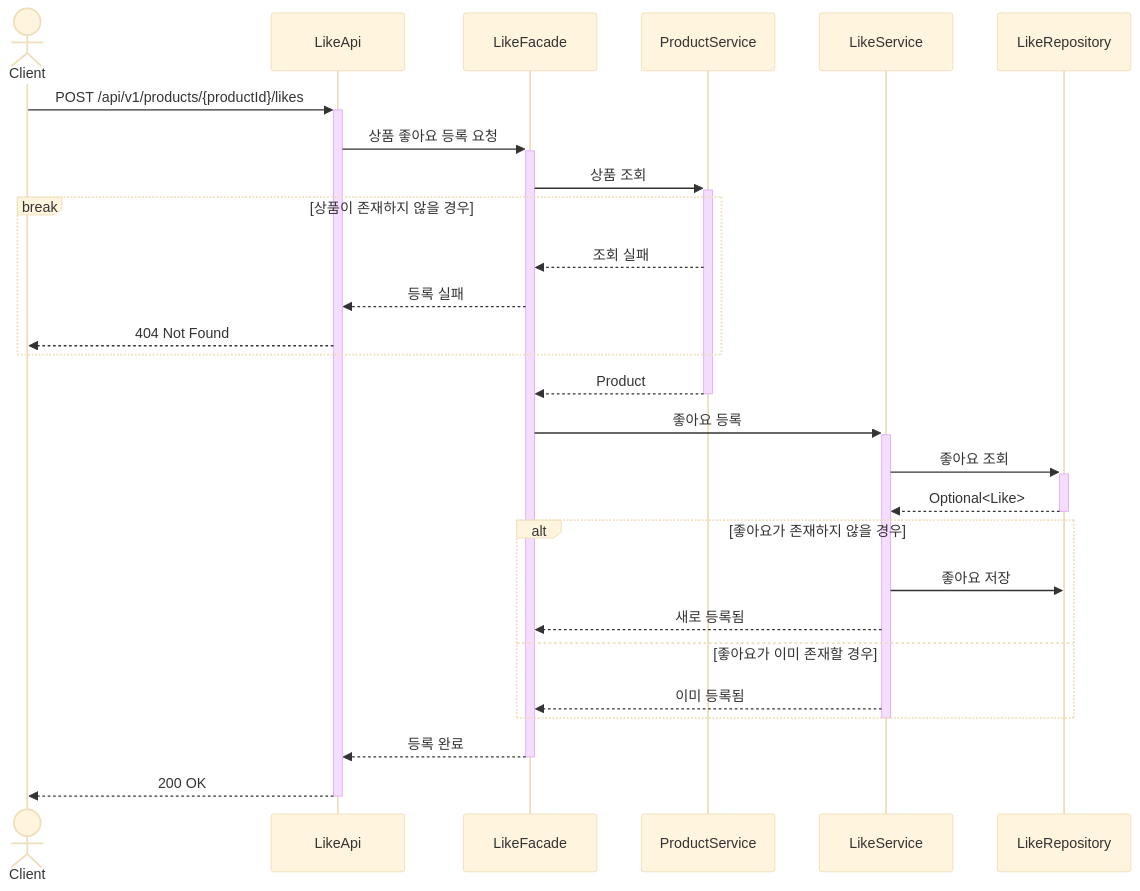
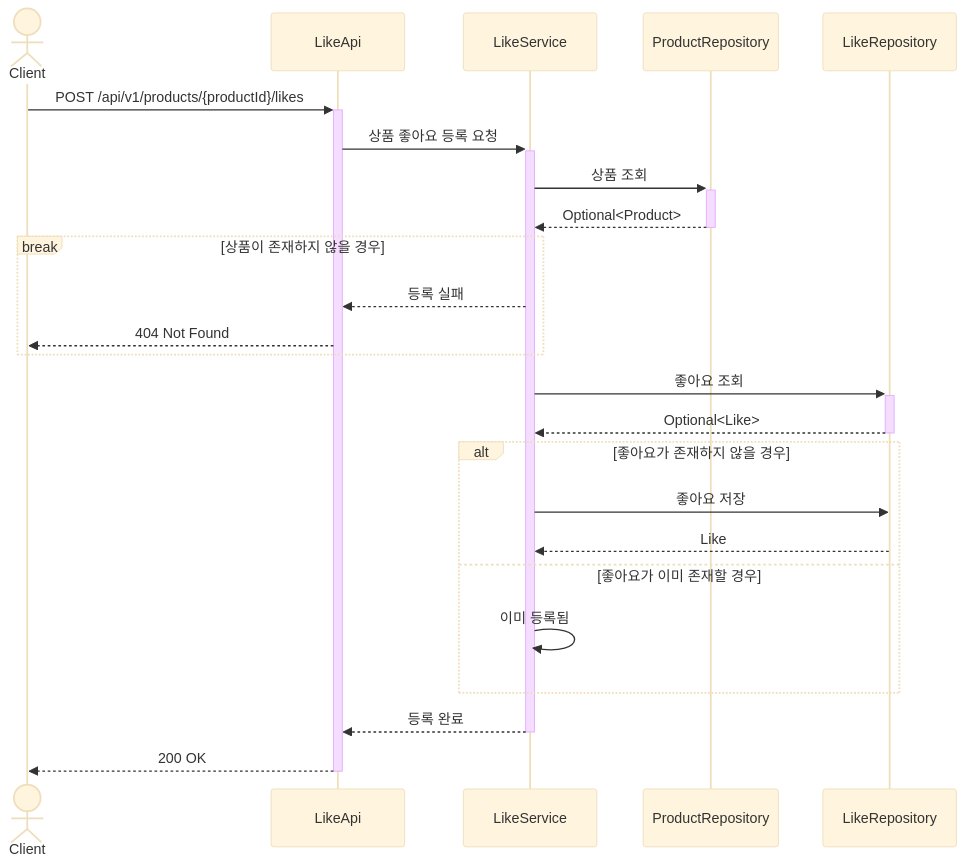
Diagram 16 of 23 in .docs/design/02-sequence-diagrams.md (Loopers-dev-lab/loop-pack-be-l2-vol3-java), drawn with Mermaid (base theme) before and after one commit. The commit also changed other lines of this file, not shown here.

First line of the commit message:
docs: 시퀀스 다이어그램에서 Facade 제거 및 Service 직접 호출 구조로 수정

````diff
--- a/.docs/design/02-sequence-diagrams.md
+++ b/.docs/design/02-sequence-diagrams.md
@@ -563,36 +530,32 @@
 ```mermaid
 sequenceDiagram
     actor Client
     participant LikeApi
-    participant LikeFacade
-    participant ProductService
     participant LikeService
+    participant ProductRepository
     participant LikeRepository
 
     Client ->>+ LikeApi: POST /api/v1/products/{productId}/likes
-    LikeApi ->>+ LikeFacade: 상품 좋아요 등록 요청
-    LikeFacade ->>+ ProductService: 상품 조회
+    LikeApi ->>+ LikeService: 상품 좋아요 등록 요청
+
+    LikeService ->>+ ProductRepository: 상품 조회
+    ProductRepository -->>- LikeService: Optional<Product>
 
     break 상품이 존재하지 않을 경우
-        ProductService -->> LikeFacade: 조회 실패
-        LikeFacade -->> LikeApi: 등록 실패
+        LikeService -->> LikeApi: 등록 실패
         LikeApi -->> Client: 404 Not Found
     end
 
-    ProductService -->>- LikeFacade: Product
-
-    LikeFacade ->>+ LikeService: 좋아요 등록
     LikeService ->>+ LikeRepository: 좋아요 조회
     LikeRepository -->>- LikeService: Optional<Like>
 
     alt 좋아요가 존재하지 않을 경우
         LikeService ->> LikeRepository: 좋아요 저장
-        LikeService -->> LikeFacade: 새로 등록됨
+        LikeRepository -->> LikeService: Like
     else 좋아요가 이미 존재할 경우
-        LikeService -->> LikeFacade: 이미 등록됨
+        LikeService ->> LikeService: 이미 등록됨
     end
-    deactivate LikeService
 
-    LikeFacade -->>- LikeApi: 등록 완료
+    LikeService -->>- LikeApi: 등록 완료
     LikeApi -->>- Client: 200 OK
 ```
````
